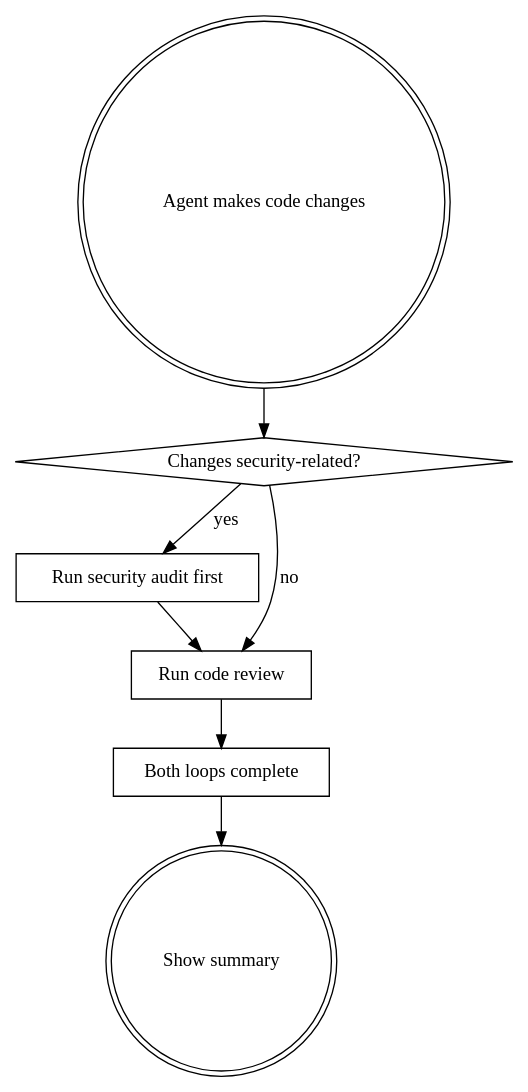
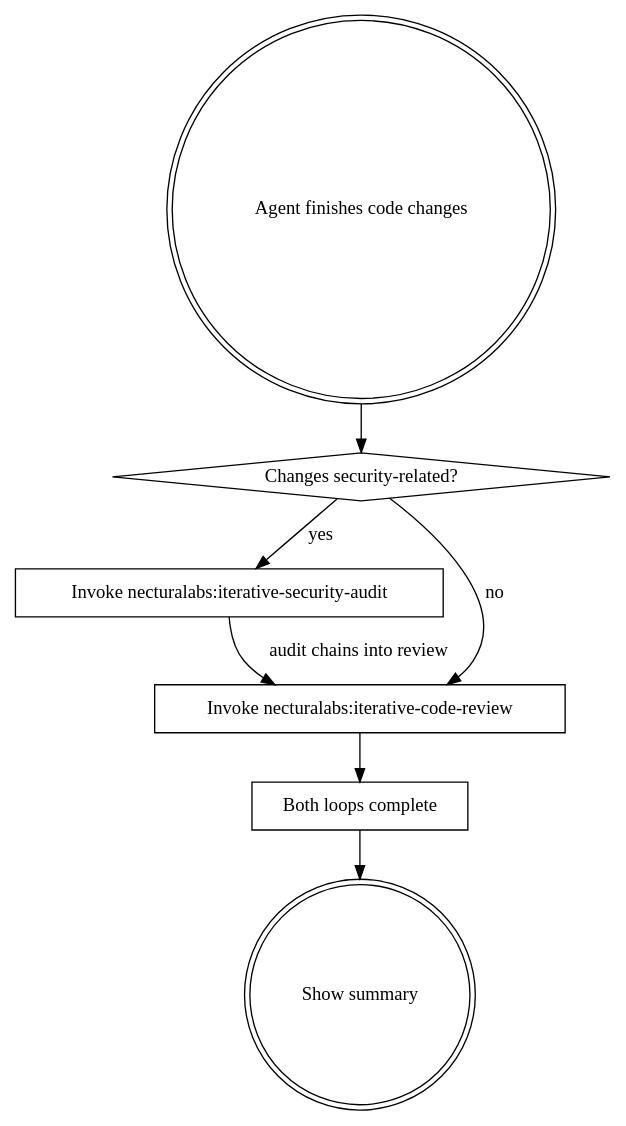
The second of 2 diagrams in skills/using-necturalabs/SKILL.md (NecturaLabs/AgentSkills), drawn with Graphviz before and after one commit. The commit also changed other lines of this file and 8 other files, not shown here.

````diff
--- a/skills/using-necturalabs/SKILL.md
+++ b/skills/using-necturalabs/SKILL.md
@@ -65,17 +77,17 @@
 ```dot
 digraph review_trigger {
-    "Agent makes code changes" [shape=doublecircle];
+    "Agent finishes code changes" [shape=doublecircle];
     "Changes security-related?" [shape=diamond];
-    "Run security audit first" [shape=box];
-    "Run code review" [shape=box];
+    "Invoke necturalabs:iterative-security-audit" [shape=box];
+    "Invoke necturalabs:iterative-code-review" [shape=box];
     "Both loops complete" [shape=box];
     "Show summary" [shape=doublecircle];
 
-    "Agent makes code changes" -> "Changes security-related?";
-    "Changes security-related?" -> "Run security audit first" [label="yes"];
-    "Changes security-related?" -> "Run code review" [label="no"];
-    "Run security audit first" -> "Run code review";
-    "Run code review" -> "Both loops complete";
+    "Agent finishes code changes" -> "Changes security-related?";
+    "Changes security-related?" -> "Invoke necturalabs:iterative-security-audit" [label="yes"];
+    "Changes security-related?" -> "Invoke necturalabs:iterative-code-review" [label="no"];
+    "Invoke necturalabs:iterative-security-audit" -> "Invoke necturalabs:iterative-code-review" [label="audit chains into review"];
+    "Invoke necturalabs:iterative-code-review" -> "Both loops complete";
     "Both loops complete" -> "Show summary";
 }
 ```
````
